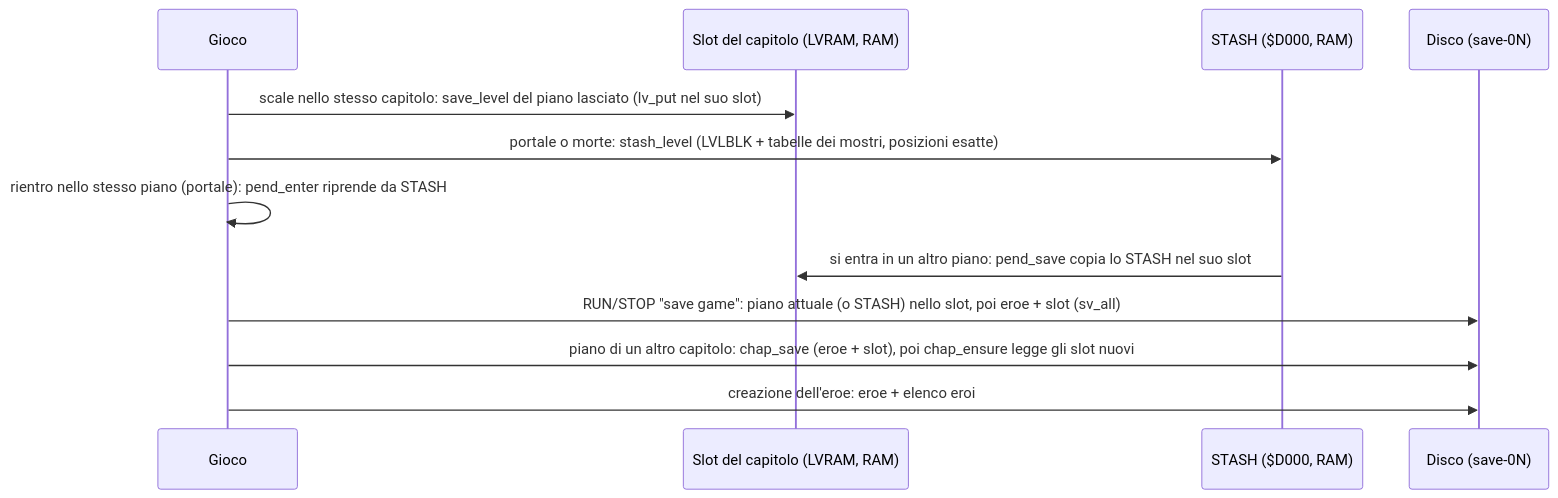
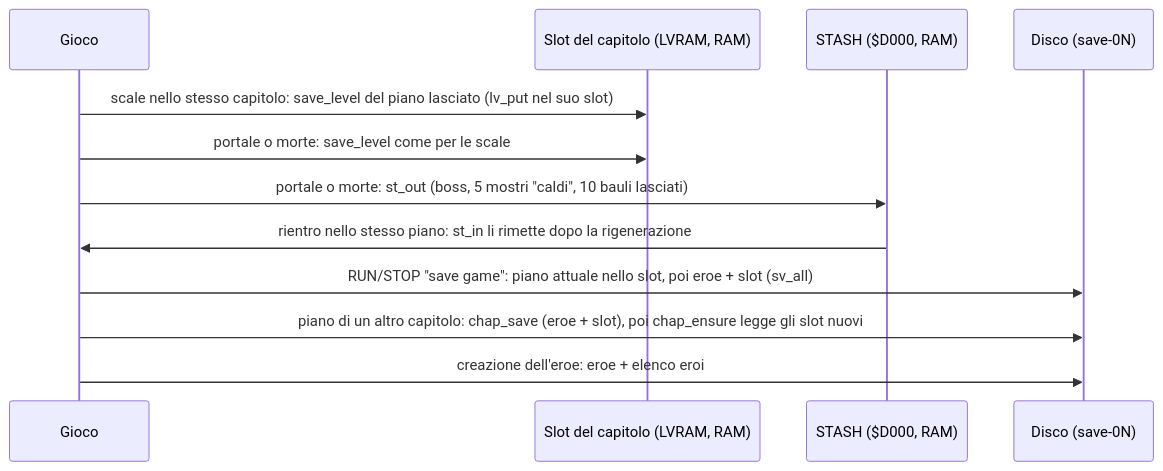
Before and after one commit to caporalesimone/barbarian-the-blood-path: the third of 3 diagrams in docs/wiki/salvataggi.md, drawn with Mermaid. The commit also changed other lines of this file and 23 other files, not shown here.

````diff
--- a/docs/wiki/salvataggi.md
+++ b/docs/wiki/salvataggi.md
@@ -133,14 +133,14 @@
 ```mermaid
 sequenceDiagram
     participant G as Gioco
     participant S as Slot del capitolo (LVRAM, RAM)
     participant R as STASH ($D000, RAM)
     participant D as Disco (save-0N)
     G->>S: scale nello stesso capitolo: save_level del piano lasciato (lv_put nel suo slot)
-    G->>R: portale o morte: stash_level (LVLBLK + tabelle dei mostri, posizioni esatte)
-    G->>G: rientro nello stesso piano (portale): pend_enter riprende da STASH
-    R->>S: si entra in un altro piano: pend_save copia lo STASH nel suo slot
-    G->>D: RUN/STOP "save game": piano attuale (o STASH) nello slot, poi eroe + slot (sv_all)
+    G->>S: portale o morte: save_level come per le scale
+    G->>R: portale o morte: st_out (boss, 5 mostri "caldi", 10 bauli lasciati)
+    R->>G: rientro nello stesso piano: st_in li rimette dopo la rigenerazione
+    G->>D: RUN/STOP "save game": piano attuale nello slot, poi eroe + slot (sv_all)
     G->>D: piano di un altro capitolo: chap_save (eroe + slot), poi chap_ensure legge gli slot nuovi
     G->>D: creazione dell'eroe: eroe + elenco eroi
 ```
````
